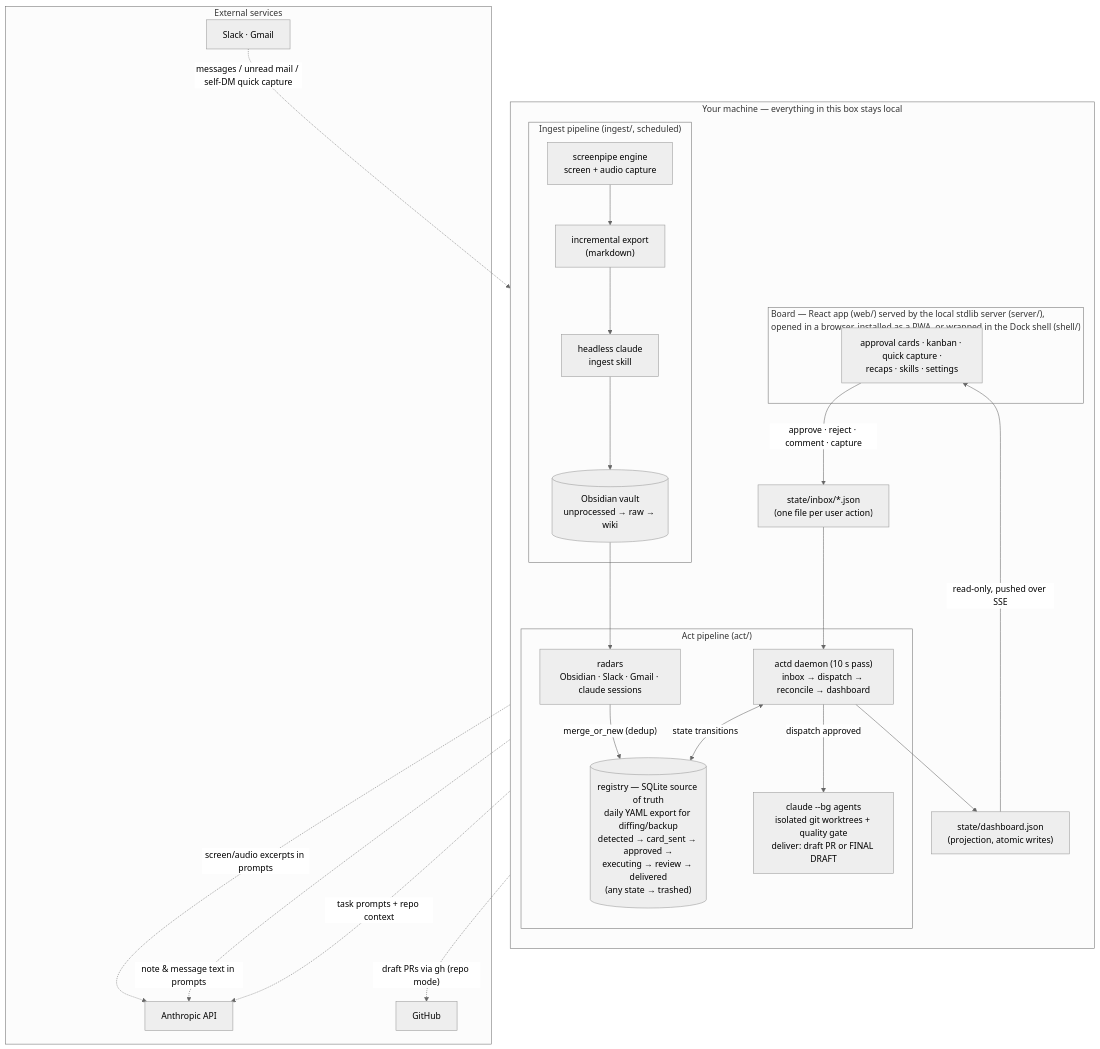
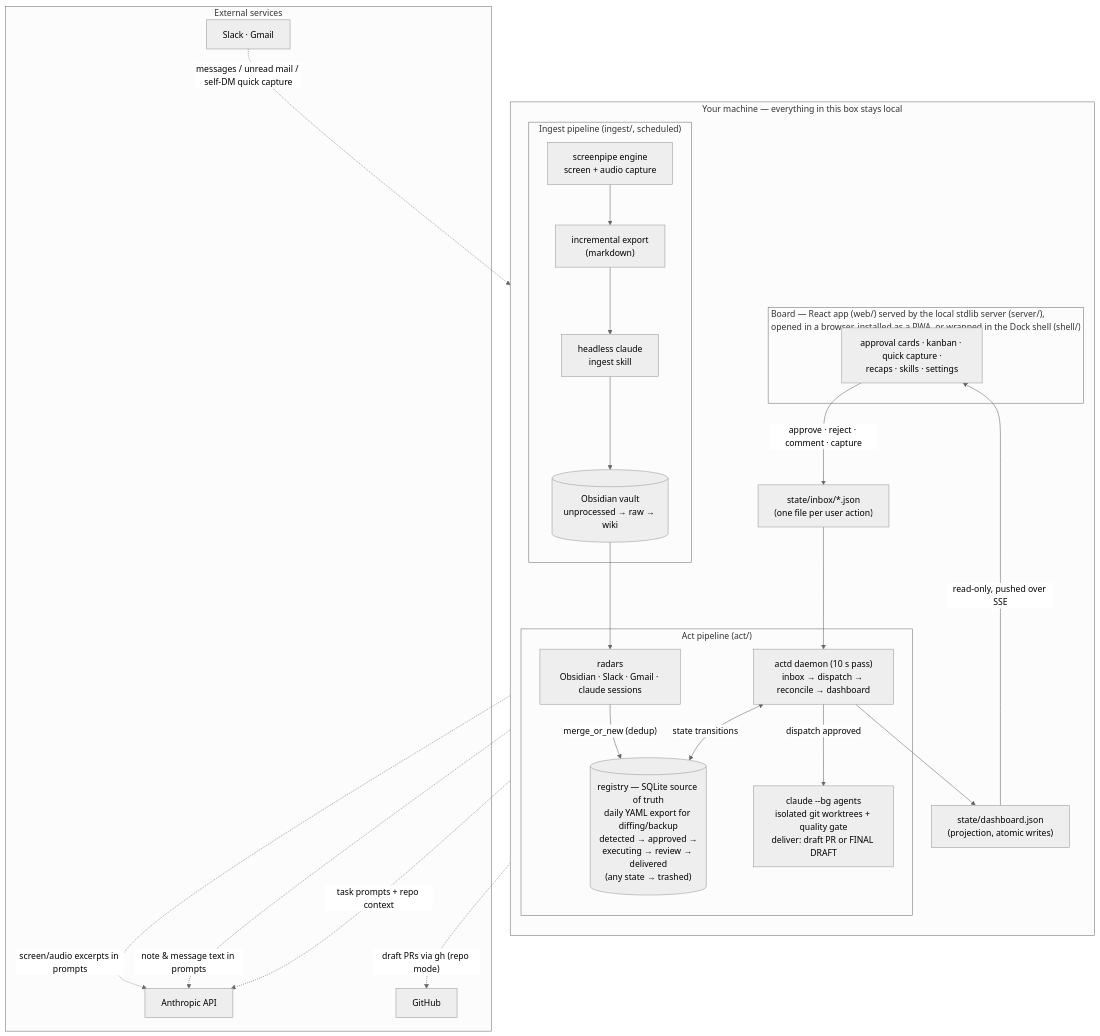
Before and after one commit to Wan-ZL/zelin-ai-assistant: the diagram in README.md, drawn with Mermaid (neutral theme). The commit also changed other lines of this file and 222 other files, not shown here.

````diff
--- a/README.md
+++ b/README.md
@@ -31,48 +31,48 @@
 ```mermaid
 flowchart TB
     subgraph MAC["Your machine — everything in this box stays local"]
         direction TB
 
         subgraph INGEST["Ingest pipeline (ingest/, scheduled)"]
             SP["screenpipe engine<br/>screen + audio capture"] --> EXP["incremental export<br/>(markdown)"]
             EXP --> DISTILL["headless claude<br/>ingest skill"]
             DISTILL --> VAULT[("Obsidian vault<br/>unprocessed → raw → wiki")]
         end
 
         subgraph ACTP["Act pipeline (act/)"]
             RADARS["radars<br/>Obsidian · Slack · Gmail · claude sessions"]
-            REG[("registry — SQLite source of truth<br/>daily YAML export for diffing/backup<br/>detected → card_sent → approved →<br/>executing → review → delivered<br/>(any state → trashed)")]
+            REG[("registry — SQLite source of truth<br/>daily YAML export for diffing/backup<br/>detected → approved →<br/>executing → review → delivered<br/>(any state → trashed)")]
             ACTD["actd daemon (10 s pass)<br/>inbox → dispatch → reconcile → dashboard"]
             AGENTS["claude --bg agents<br/>isolated git worktrees + quality gate<br/>deliver: draft PR or FINAL DRAFT"]
             RADARS -->|"merge_or_new (dedup)"| REG
             ACTD <-->|"state transitions"| REG
             ACTD -->|"dispatch approved"| AGENTS
         end
 
         VAULT --> RADARS
 
         DASH["state/dashboard.json<br/>(projection, atomic writes)"]
         INBOX["state/inbox/*.json<br/>(one file per user action)"]
 
         subgraph APP["Board — React app (web/) served by the local stdlib server (server/),<br/>opened in a browser, installed as a PWA, or wrapped in the Dock shell (shell/)"]
             UI["approval cards · kanban · quick capture ·<br/>recaps · skills · settings"]
         end
 
         ACTD --> DASH
         DASH -->|"read-only, pushed over SSE"| UI
         UI -->|"approve · reject · comment · capture"| INBOX
         INBOX --> ACTD
     end
 
     subgraph EXT["External services"]
         ANTH["Anthropic API"]
         GH["GitHub"]
         SRC["Slack · Gmail"]
     end
 
     DISTILL -.->|"screen/audio excerpts in prompts"| ANTH
     RADARS -.->|"note & message text in prompts"| ANTH
     AGENTS -.->|"task prompts + repo context"| ANTH
     AGENTS -.->|"draft PRs via gh (repo mode)"| GH
     SRC -.->|"messages / unread mail / self-DM quick capture"| RADARS
 ```
````
